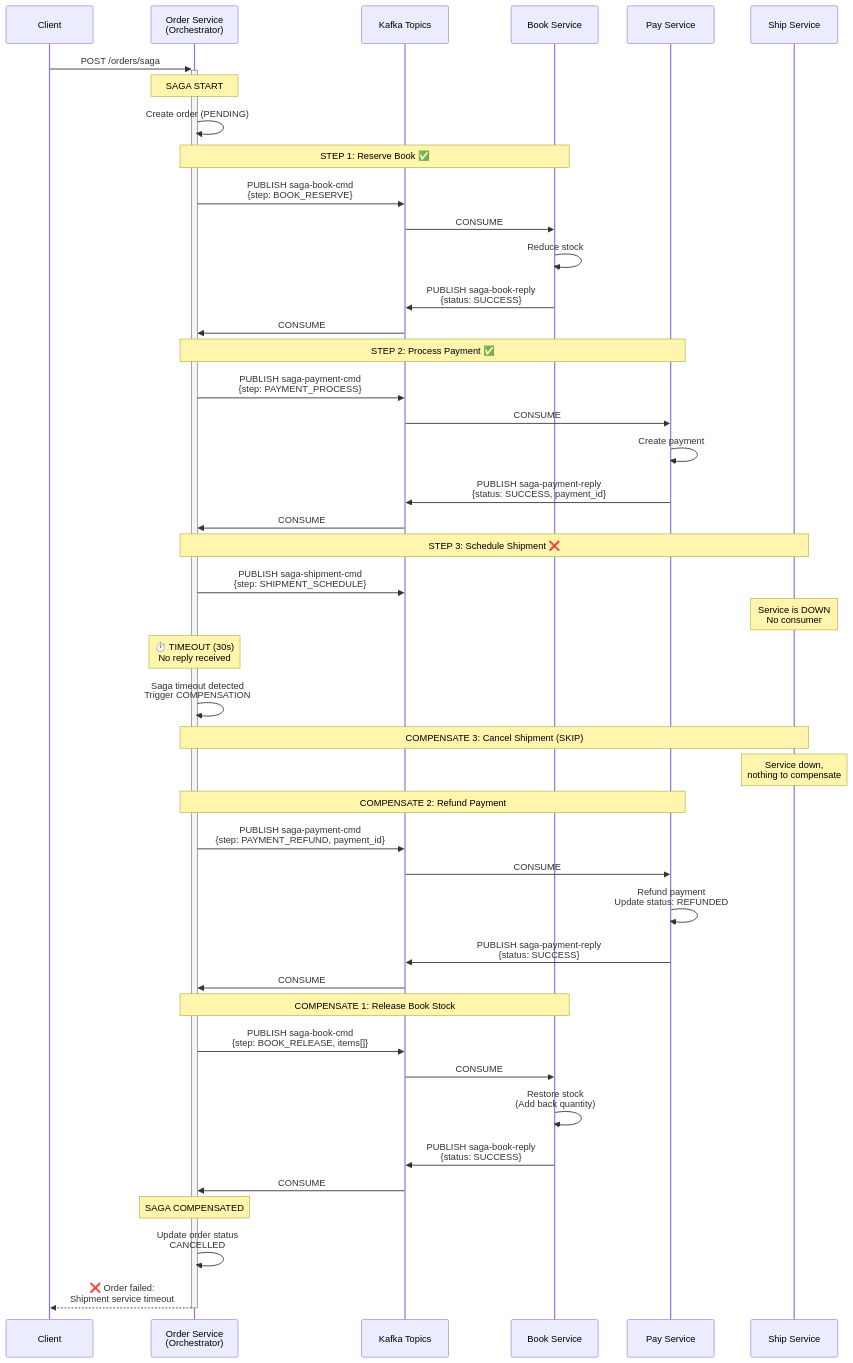
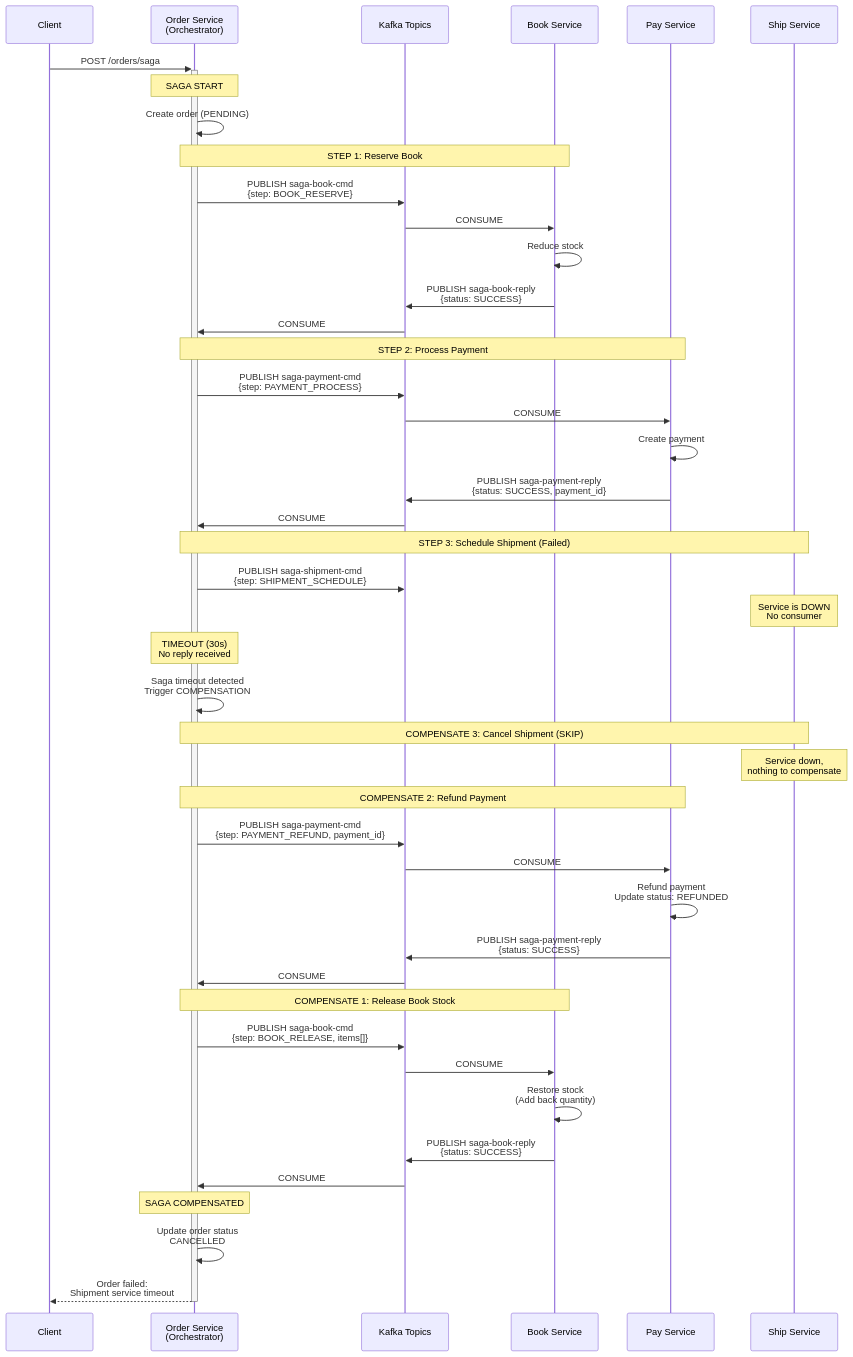
One commit to ttvKieran/bookstore-microservices changed the seventh of 17 diagrams in docs/architecture-diagrams.md. Above: the diagram before and after it, drawn with Mermaid. The commit also changed other lines of this file, not shown here.

````diff
--- a/docs/architecture-diagrams.md
+++ b/docs/architecture-diagrams.md
@@ -264,57 +304,57 @@
 ```mermaid
 sequenceDiagram
     participant Client
     participant Order as Order Service<br/>(Orchestrator)
     participant Kafka as Kafka Topics
     participant Book as Book Service
     participant Pay as Pay Service
     participant Ship as Ship Service
     
     Client->>+Order: POST /orders/saga
     
     Note over Order: SAGA START
     Order->>Order: Create order (PENDING)
     
-    Note over Order,Book: STEP 1: Reserve Book ✅
+    Note over Order,Book: STEP 1: Reserve Book
     Order->>Kafka: PUBLISH saga-book-cmd<br/>{step: BOOK_RESERVE}
     Kafka->>Book: CONSUME
     Book->>Book: Reduce stock
     Book->>Kafka: PUBLISH saga-book-reply<br/>{status: SUCCESS}
     Kafka->>Order: CONSUME
     
-    Note over Order,Pay: STEP 2: Process Payment ✅
+    Note over Order,Pay: STEP 2: Process Payment
     Order->>Kafka: PUBLISH saga-payment-cmd<br/>{step: PAYMENT_PROCESS}
     Kafka->>Pay: CONSUME
     Pay->>Pay: Create payment
     Pay->>Kafka: PUBLISH saga-payment-reply<br/>{status: SUCCESS, payment_id}
     Kafka->>Order: CONSUME
     
-    Note over Order,Ship: STEP 3: Schedule Shipment ❌
+    Note over Order,Ship: STEP 3: Schedule Shipment (Failed)
     Order->>Kafka: PUBLISH saga-shipment-cmd<br/>{step: SHIPMENT_SCHEDULE}
     Note over Ship: Service is DOWN<br/>No consumer
     
-    Note over Order: ⏱️ TIMEOUT (30s)<br/>No reply received
+    Note over Order: TIMEOUT (30s)<br/>No reply received
     Order->>Order: Saga timeout detected<br/>Trigger COMPENSATION
     
     Note over Order,Ship: COMPENSATE 3: Cancel Shipment (SKIP)
     Note over Ship: Service down,<br/>nothing to compensate
     
     Note over Order,Pay: COMPENSATE 2: Refund Payment
     Order->>Kafka: PUBLISH saga-payment-cmd<br/>{step: PAYMENT_REFUND, payment_id}
     Kafka->>Pay: CONSUME
     Pay->>Pay: Refund payment<br/>Update status: REFUNDED
     Pay->>Kafka: PUBLISH saga-payment-reply<br/>{status: SUCCESS}
     Kafka->>Order: CONSUME
     
     Note over Order,Book: COMPENSATE 1: Release Book Stock
     Order->>Kafka: PUBLISH saga-book-cmd<br/>{step: BOOK_RELEASE, items[]}
     Kafka->>Book: CONSUME
     Book->>Book: Restore stock<br/>(Add back quantity)
     Book->>Kafka: PUBLISH saga-book-reply<br/>{status: SUCCESS}
     Kafka->>Order: CONSUME
     
     Note over Order: SAGA COMPENSATED
     Order->>Order: Update order status<br/>CANCELLED
     
-    Order-->>-Client: ❌ Order failed:<br/>Shipment service timeout
+    Order-->>-Client: Order failed:<br/>Shipment service timeout
 ```
````
